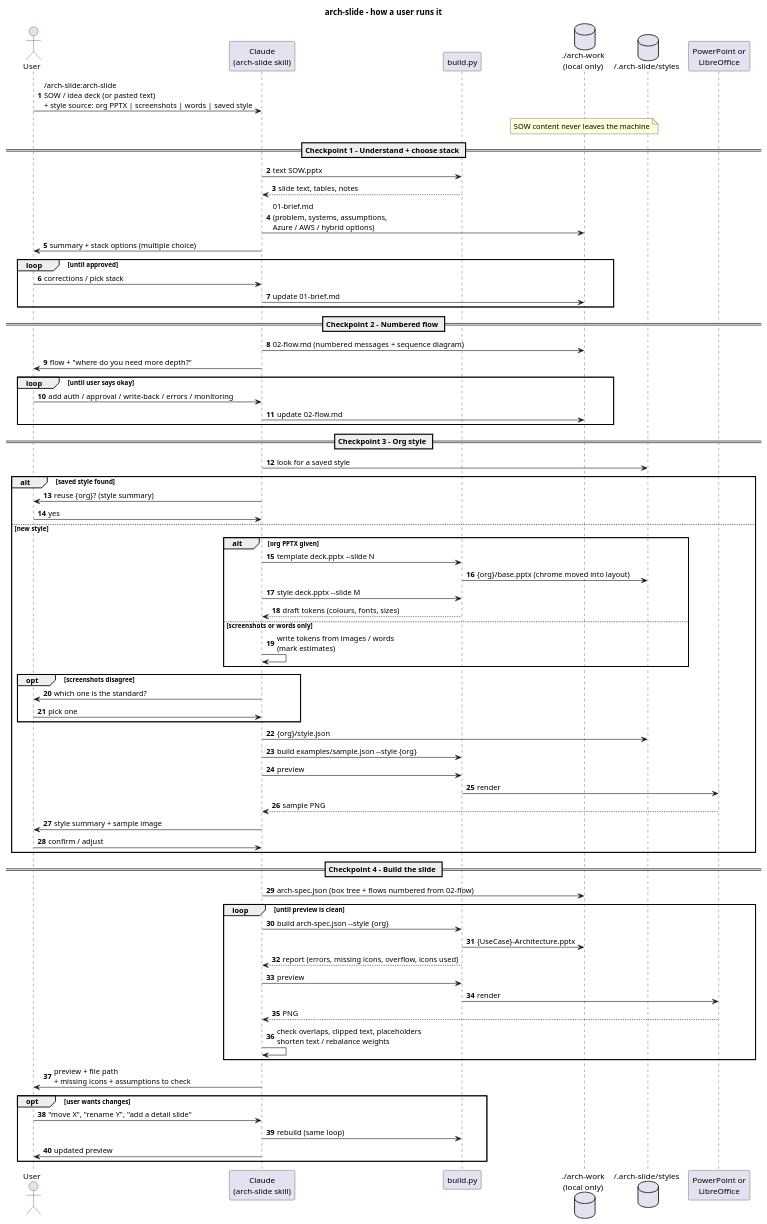
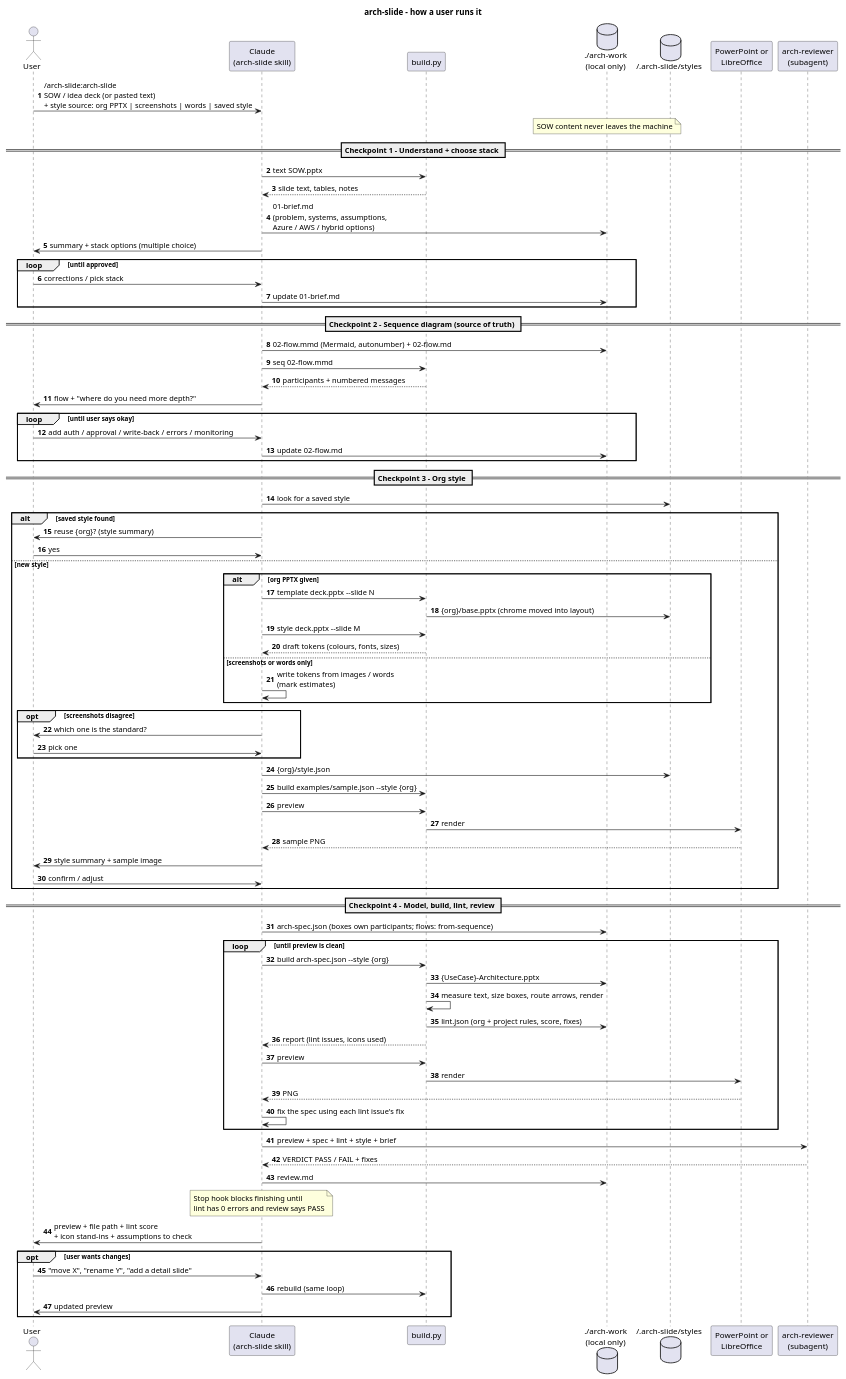
The diagram in docs/usage.puml (pratapsdev11/arch-slide), drawn with PlantUML before and after one commit. The commit also changed 17 other files, not shown here.

Commit message:
v0.1.0: layered engine - sequence-driven flows, real-font layout, arrow router, org-defined lint rules, reviewer agent, quality-gate hook

```diff
--- a/docs/usage.puml
+++ b/docs/usage.puml
@@ -1,80 +1,89 @@
 @startuml arch-slide-usage
 title arch-slide - how a user runs it
 autonumber
 skinparam sequenceMessageAlign left
 skinparam responseMessageBelowArrow true
 
 actor "User" as U
 participant "Claude\n(arch-slide skill)" as C
 participant "build.py" as B
 database "./arch-work\n(local only)" as W
 database "~/.arch-slide/styles" as S
 participant "PowerPoint or\nLibreOffice" as L
 
 U -> C : /arch-slide:arch-slide\nSOW / idea deck (or pasted text)\n+ style source: org PPTX | screenshots | words | saved style
 note over W : SOW content never leaves the machine
 
 == Checkpoint 1 - Understand + choose stack ==
 C -> B : text SOW.pptx
 B --> C : slide text, tables, notes
 C -> W : 01-brief.md\n(problem, systems, assumptions,\nAzure / AWS / hybrid options)
 C -> U : summary + stack options (multiple choice)
 loop until approved
   U -> C : corrections / pick stack
   C -> W : update 01-brief.md
 end
 
-== Checkpoint 2 - Numbered flow ==
-C -> W : 02-flow.md (numbered messages + sequence diagram)
+== Checkpoint 2 - Sequence diagram (source of truth) ==
+C -> W : 02-flow.mmd (Mermaid, autonumber) + 02-flow.md
+C -> B : seq 02-flow.mmd
+B --> C : participants + numbered messages
 C -> U : flow + "where do you need more depth?"
 loop until user says okay
   U -> C : add auth / approval / write-back / errors / monitoring
   C -> W : update 02-flow.md
 end
 
 == Checkpoint 3 - Org style ==
 C -> S : look for a saved style
 alt saved style found
   C -> U : reuse {org}? (style summary)
   U -> C : yes
 else new style
   alt org PPTX given
     C -> B : template deck.pptx --slide N
     B -> S : {org}/base.pptx (chrome moved into layout)
     C -> B : style deck.pptx --slide M
     B --> C : draft tokens (colours, fonts, sizes)
   else screenshots or words only
     C -> C : write tokens from images / words\n(mark estimates)
   end
   opt screenshots disagree
     C -> U : which one is the standard?
     U -> C : pick one
   end
   C -> S : {org}/style.json
   C -> B : build examples/sample.json --style {org}
   C -> B : preview
   B -> L : render
   L --> C : sample PNG
   C -> U : style summary + sample image
   U -> C : confirm / adjust
 end
 
-== Checkpoint 4 - Build the slide ==
-C -> W : arch-spec.json (box tree + flows numbered from 02-flow)
+== Checkpoint 4 - Model, build, lint, review ==
+C -> W : arch-spec.json (boxes own participants; flows: from-sequence)
 loop until preview is clean
   C -> B : build arch-spec.json --style {org}
   B -> W : {UseCase}-Architecture.pptx
-  B --> C : report (errors, missing icons, overflow, icons used)
+  B -> B : measure text, size boxes, route arrows, render
+  B -> W : lint.json (org + project rules, score, fixes)
+  B --> C : report (lint issues, icons used)
   C -> B : preview
   B -> L : render
   L --> C : PNG
-  C -> C : check overlaps, clipped text, placeholders\nshorten text / rebalance weights
+  C -> C : fix the spec using each lint issue's fix
 end
-C -> U : preview + file path\n+ missing icons + assumptions to check
+participant "arch-reviewer\n(subagent)" as R
+C -> R : preview + spec + lint + style + brief
+R --> C : VERDICT PASS / FAIL + fixes
+C -> W : review.md
+note over C : Stop hook blocks finishing until\nlint has 0 errors and review says PASS
+C -> U : preview + file path + lint score\n+ icon stand-ins + assumptions to check
 
 opt user wants changes
   U -> C : "move X", "rename Y", "add a detail slide"
   C -> B : rebuild (same loop)
   C -> U : updated preview
 end
 @enduml
```
